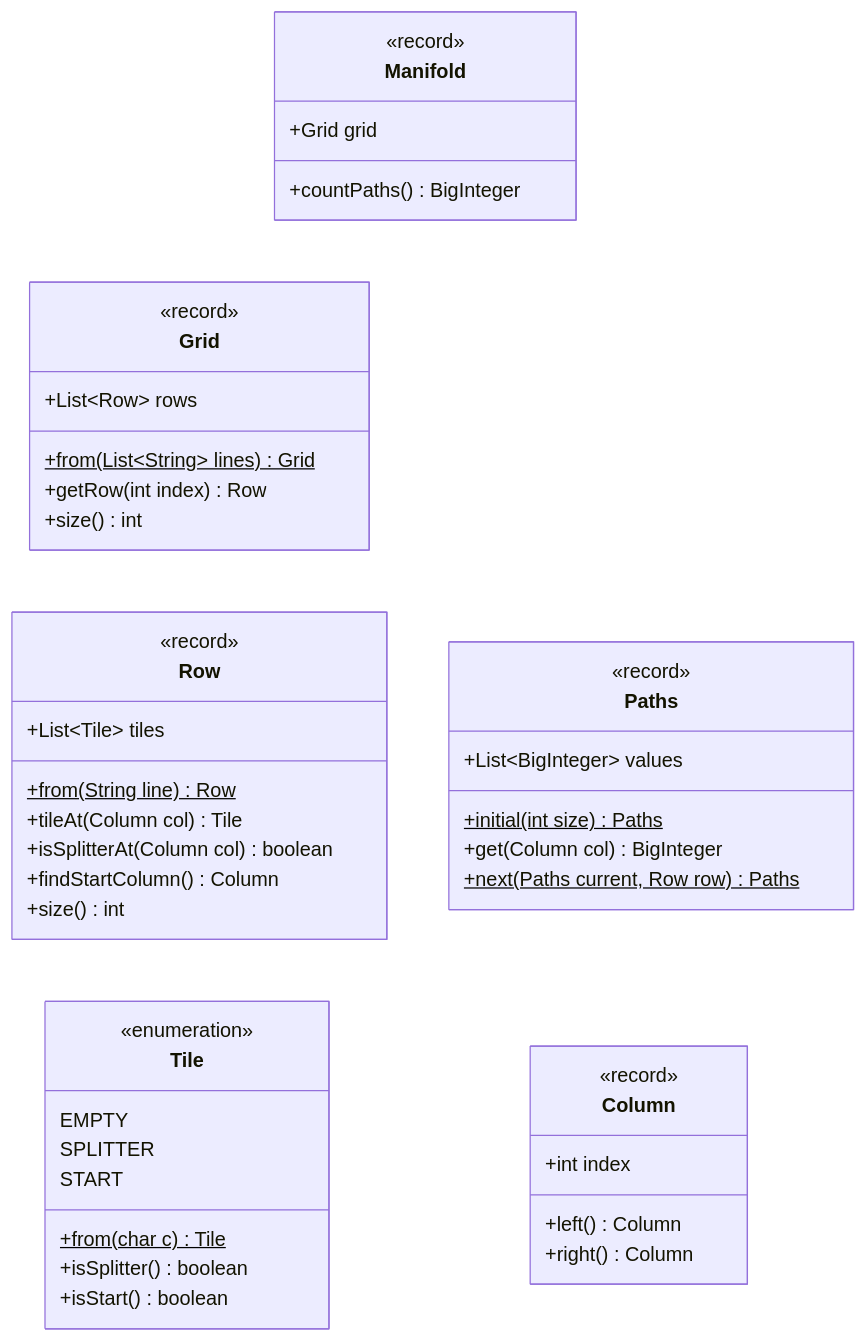
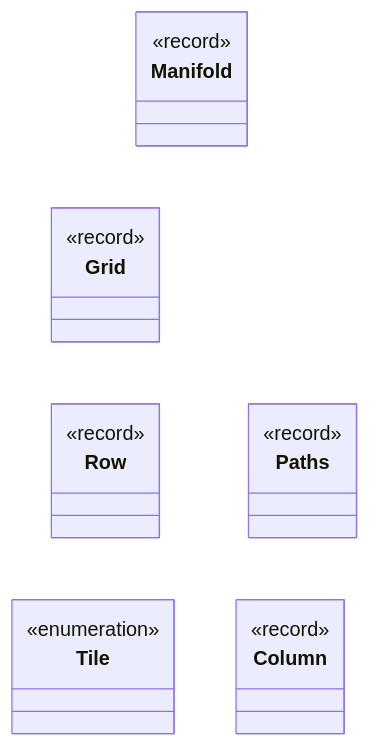
Before and after one commit to lauraheerrera/aoc2025: the diagram in UML diagrams/uml_day07b.md, drawn with Mermaid. The commit also changed 76 other files, not shown here.

````diff
--- a/UML diagrams/uml_day07b.md
+++ b/UML diagrams/uml_day07b.md
@@ -3,54 +3,29 @@
 ```mermaid
 %%{init: { 'themeVariables': { 'lineColor': '#FFFFFF' } } }%%
 classDiagram
     direction TB
     class Manifold {
         <<record>>
-        +Grid grid
-        +countPaths() BigInteger
     }
     class Grid {
         <<record>>
-        +List~Row~ rows
-        +from(List~String~ lines)$ Grid
-        +getRow(int index) Row
-        +size() int
     }
     class Row {
         <<record>>
-        +List~Tile~ tiles
-        +from(String line)$ Row
-        +tileAt(Column col) Tile
-        +isSplitterAt(Column col) boolean
-        +findStartColumn() Column
-        +size() int
     }
     class Tile {
         <<enumeration>>
-        EMPTY
-        SPLITTER
-        START
-        +from(char c)$ Tile
-        +isSplitter() boolean
-        +isStart() boolean
     }
     class Column {
         <<record>>
-        +int index
-        +left() Column
-        +right() Column
     }
     class Paths {
         <<record>>
-        +List~BigInteger~ values
-        +initial(int size)$ Paths
-        +get(Column col) BigInteger
-        +next(Paths current, Row row)$ Paths
     }
     Manifold --> Grid
     Grid --> Row
     Row --> Tile
     Row --> Column
     Manifold --> Paths
     Paths --> Column
 ```
````
